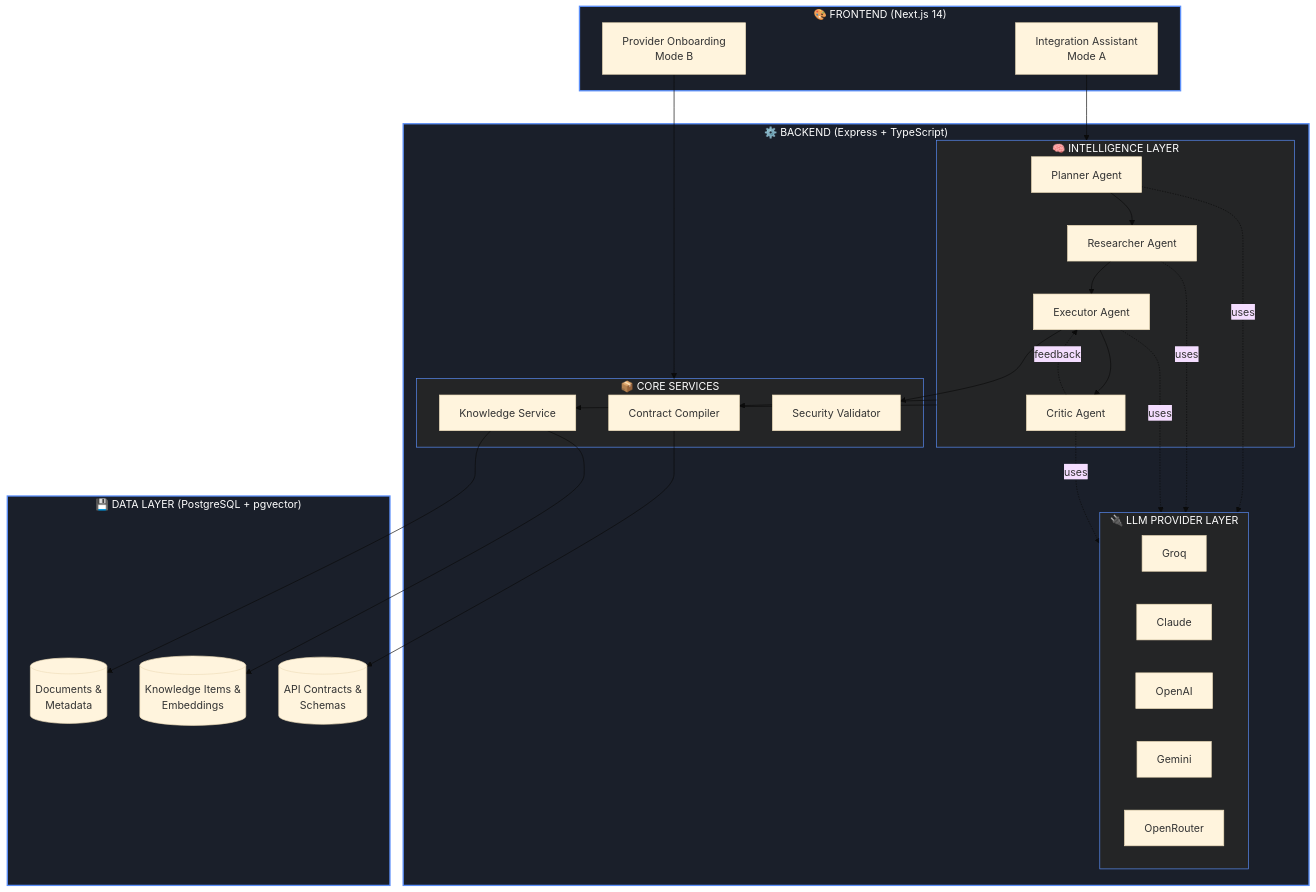
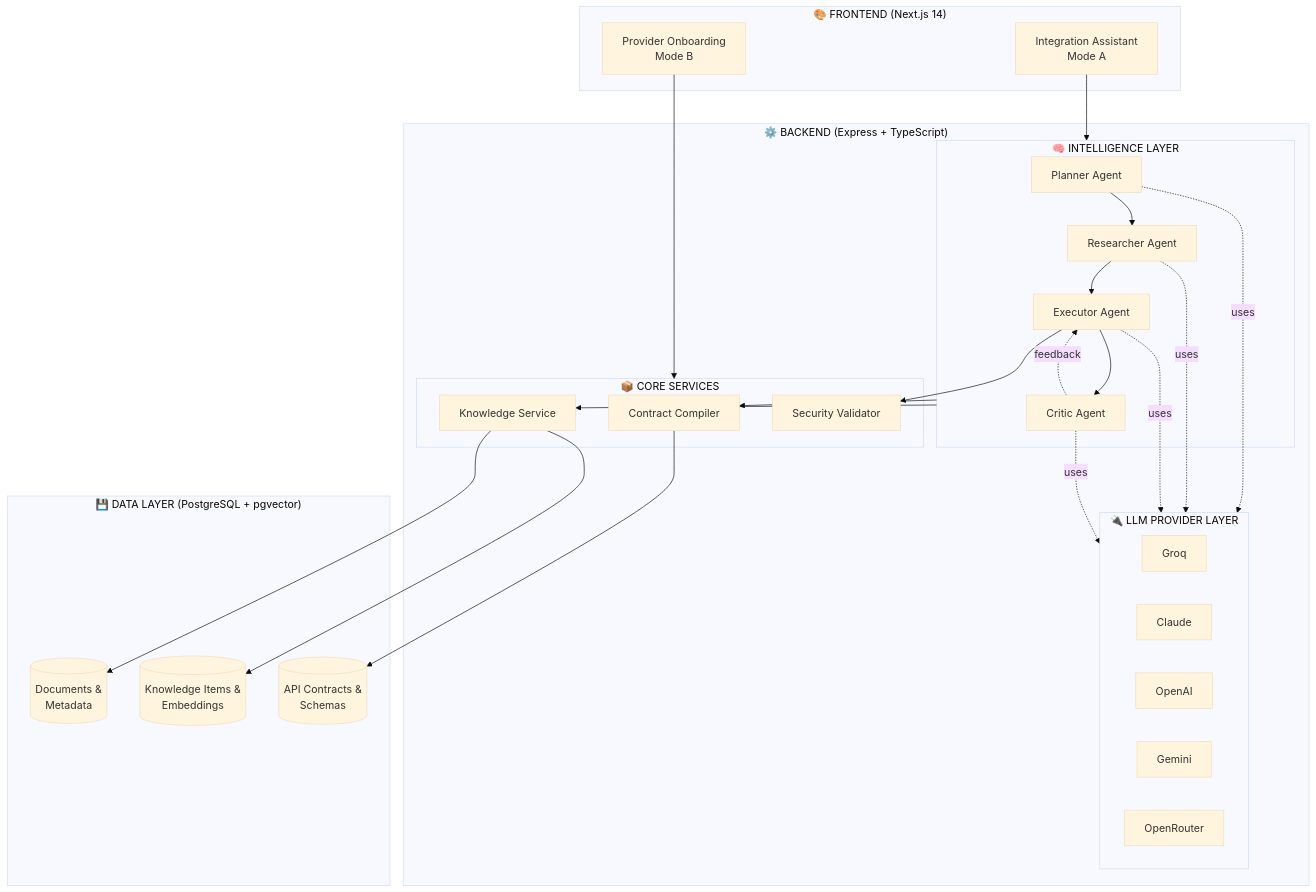
The first of 2 diagrams in documentation/docs/architecture/overview.md (jobel-ai/jobel-ai.github.io), drawn with Mermaid (base theme) before and after one commit. The commit also changed 1 other file, not shown here.

````diff
--- a/documentation/docs/architecture/overview.md
+++ b/documentation/docs/architecture/overview.md
@@ -15,64 +15,57 @@
 ```mermaid
 graph TB
     subgraph Frontend["🎨 FRONTEND (Next.js 14)"]
         A[Integration Assistant<br/>Mode A]
         B[Provider Onboarding<br/>Mode B]
     end
     
     subgraph Backend["⚙️ BACKEND (Express + TypeScript)"]
         subgraph Intelligence["🧠 INTELLIGENCE LAYER"]
             Planner[Planner Agent]
             Researcher[Researcher Agent]
             Executor[Executor Agent]
             Critic[Critic Agent]
             
             Planner --> Researcher
             Researcher --> Executor
             Executor --> Critic
             Critic -.feedback.-> Executor
         end
         
         subgraph Services["📦 CORE SERVICES"]
             Contract[Contract Compiler]
             Knowledge[Knowledge Service]
             Security[Security Validator]
         end
         
         subgraph LLMLayer["🔌 LLM PROVIDER LAYER"]
             Groq[Groq]
             Claude[Claude]
             OpenAI[OpenAI]
             Gemini[Gemini]
             OpenRouter[OpenRouter]
         end
     end
     
     subgraph DataLayer["💾 DATA LAYER (PostgreSQL + pgvector)"]
         Docs[(Documents &<br/>Metadata)]
         Embeddings[(Knowledge Items &<br/>Embeddings)]
         Contracts[(API Contracts &<br/>Schemas)]
     end
     
     A --> Intelligence
     B --> Services
     
     Intelligence --> Contract
     Intelligence --> Knowledge
     Executor --> Security
     
     Planner -.uses.-> LLMLayer
     Researcher -.uses.-> LLMLayer
     Executor -.uses.-> LLMLayer
     Critic -.uses.-> LLMLayer
     
     Contract --> Contracts
     Knowledge --> Docs
     Knowledge --> Embeddings
-    
-    style Frontend fill:#1a1f2a,stroke:#5b8ff9,stroke-width:2px,color:#fff
-    style Backend fill:#1a1f2a,stroke:#5b8ff9,stroke-width:2px,color:#fff
-    style Intelligence fill:#242526,stroke:#5b8ff9,stroke-width:1px,color:#fff
-    style Services fill:#242526,stroke:#5b8ff9,stroke-width:1px,color:#fff
-    style LLMLayer fill:#242526,stroke:#5b8ff9,stroke-width:1px,color:#fff
-    style DataLayer fill:#1a1f2a,stroke:#5b8ff9,stroke-width:2px,color:#fff
 ```
````
